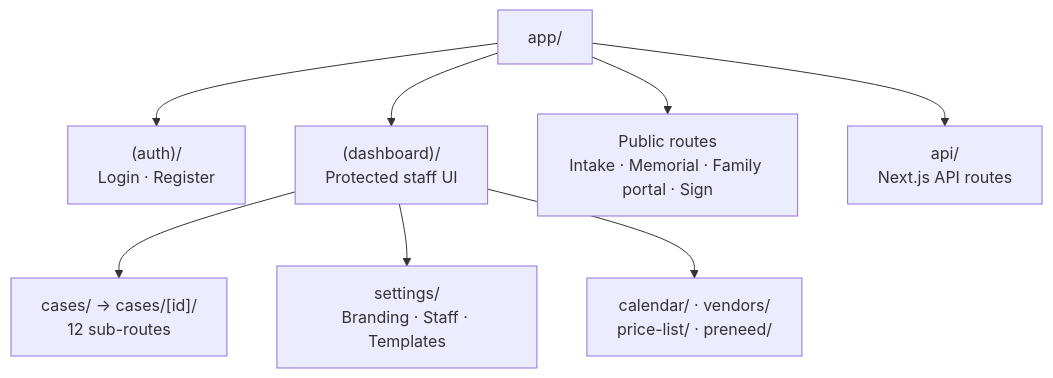
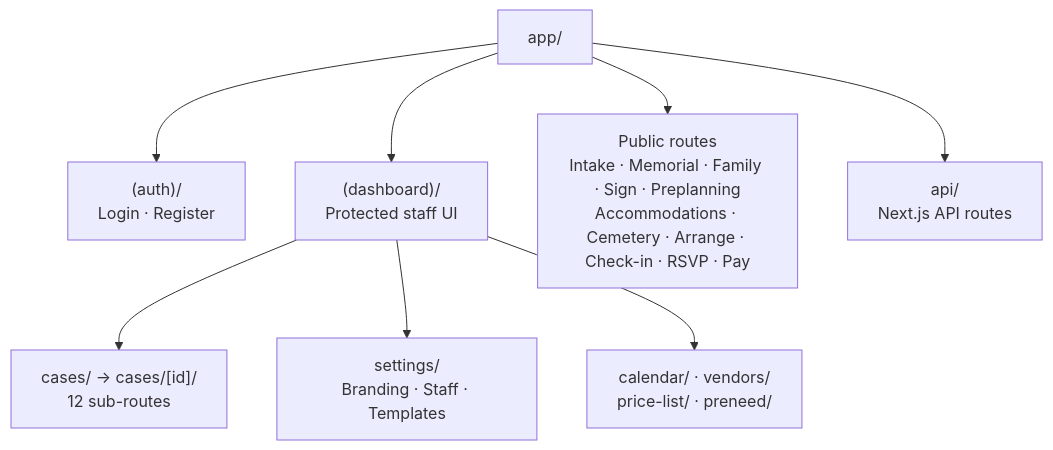
One commit to rashadGIT/kelova-frontend changed the first of 2 diagrams in README.md. Above: the diagram before and after it, drawn with Mermaid. The commit also changed other lines of this file and 12 other files, not shown here.

````diff
--- a/README.md
+++ b/README.md
@@ -49,17 +49,17 @@
 ```mermaid
 graph TD
     app["app/"]
     auth["(auth)/\nLogin · Register"]
     dash["(dashboard)/\nProtected staff UI"]
-    pub["Public routes\nIntake · Memorial · Family portal · Sign"]
+    pub["Public routes\nIntake · Memorial · Family · Sign · Preplanning\nAccommodations · Cemetery · Arrange · Check-in · RSVP · Pay"]
     api["api/\nNext.js API routes"]
 
     app --> auth
     app --> dash
     app --> pub
     app --> api
 
     dash --> cases["cases/ → cases/[id]/\n12 sub-routes"]
     dash --> settings["settings/\nBranding · Staff · Templates"]
     dash --> misc["calendar/ · vendors/\nprice-list/ · preneed/"]
 ```
````
